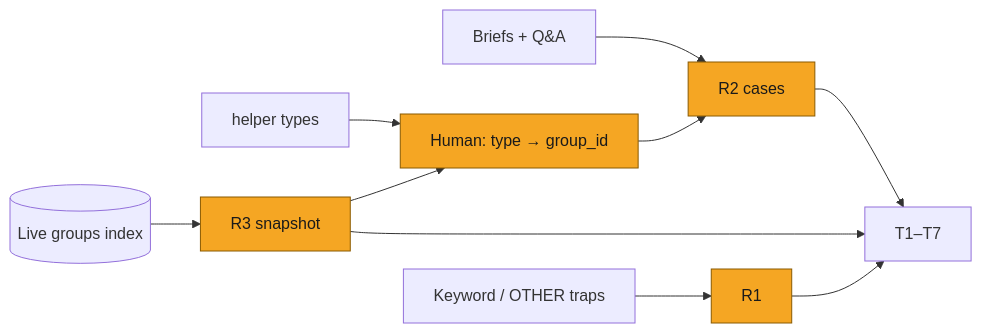
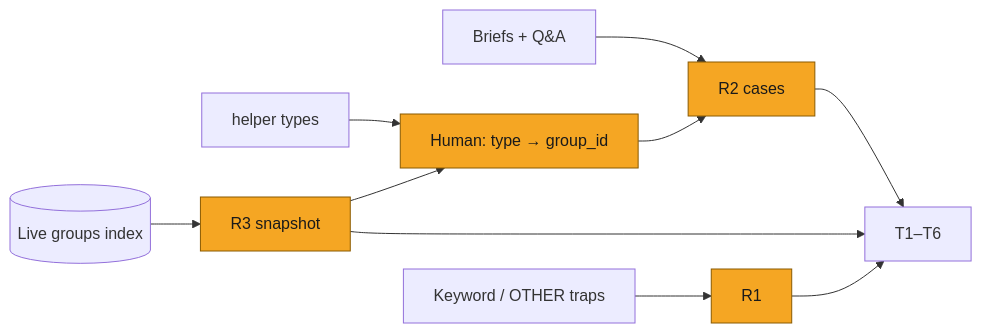
One commit to Solstice-Health/engineering-specs changed the second of 6 diagrams in plans/SOL-3155-claim-retrieval-evals.md. Above: the diagram before and after it, drawn with Mermaid. The commit also changed other lines of this file, not shown here.

````diff
--- a/plans/SOL-3155-claim-retrieval-evals.md
+++ b/plans/SOL-3155-claim-retrieval-evals.md
@@ -178,13 +186,13 @@
 ```mermaid
 flowchart LR
     classDef delta fill:#F5A623,stroke:#8A5A00,color:#1A1A1A
     Live[("Live groups index")] --> R3["R3 snapshot"]:::delta
     Helper["helper types"] --> Map["Human: type → group_id"]:::delta
     R3 --> Map
     Briefs["Briefs + Q&A"] --> R2["R2 cases"]:::delta
     Map --> R2
     Traps["Keyword / OTHER traps"] --> R1["R1"]:::delta
-    R2 --> Pack["T1–T7"]
+    R2 --> Pack["T1–T6"]
     R3 --> Pack
     R1 --> Pack
 ```
````
